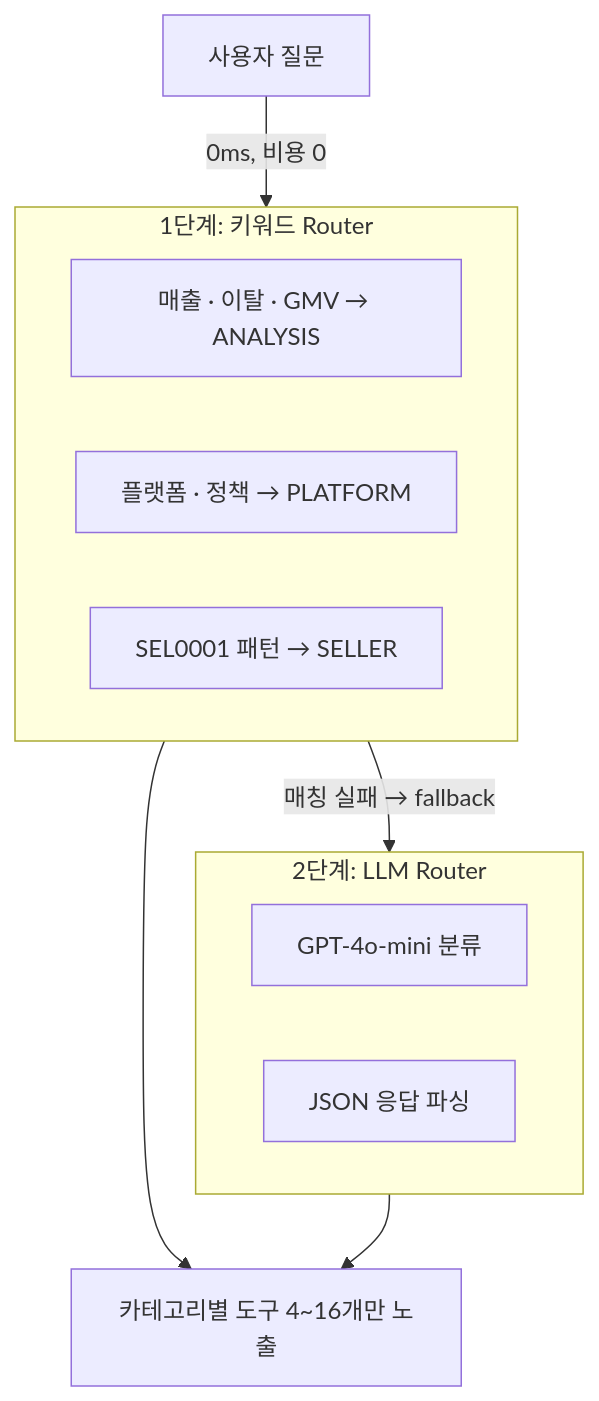
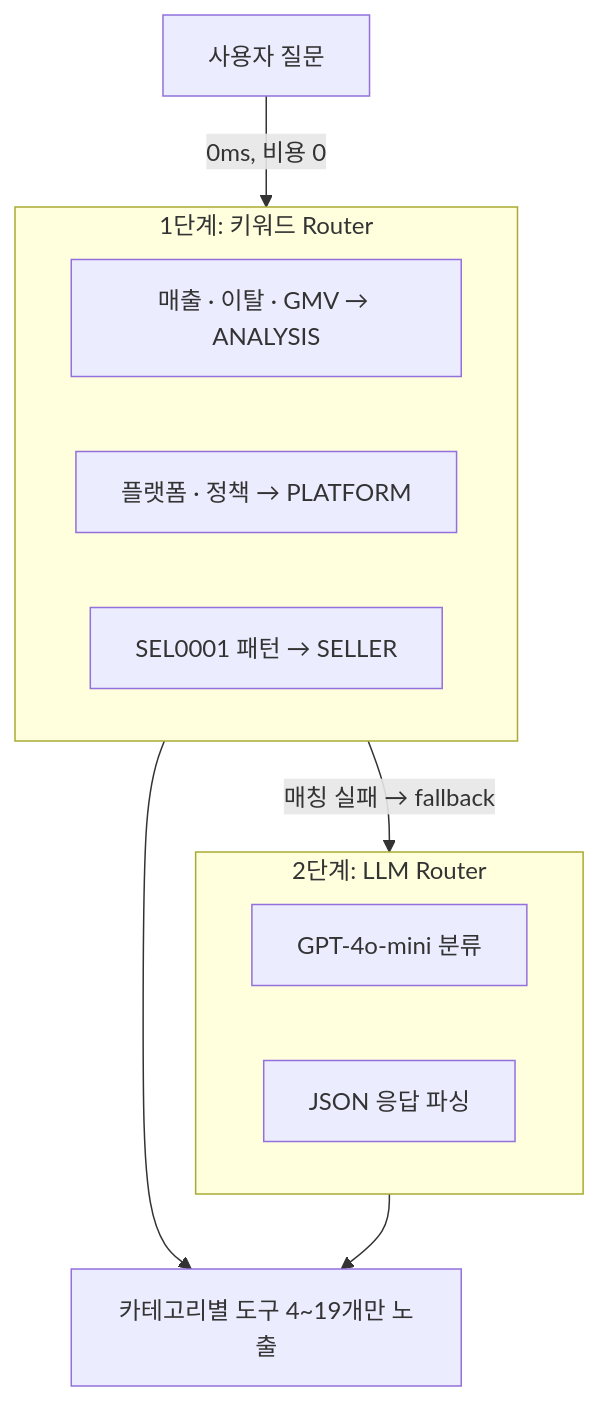
Before and after one commit to ASNGG/cafe24-demo: the third of 15 diagrams in portfolio/PORTFOLIO.md, drawn with Mermaid. The commit also changed other lines of this file and 57 other files, not shown here.

````diff
--- a/portfolio/PORTFOLIO.md
+++ b/portfolio/PORTFOLIO.md
@@ -240,19 +242,19 @@
 ```mermaid
 flowchart TB
     Q["사용자 질문"]
 
     subgraph Stage1["1단계: 키워드 Router"]
         K1["매출 · 이탈 · GMV → ANALYSIS"]
         K2["플랫폼 · 정책 → PLATFORM"]
         K3["SEL0001 패턴 → SELLER"]
     end
 
     subgraph Stage2["2단계: LLM Router"]
         L1["GPT-4o-mini 분류"]
         L2["JSON 응답 파싱"]
     end
 
     Q -->|"0ms, 비용 0"| Stage1
     Stage1 -->|"매칭 실패 → fallback"| Stage2
-    Stage1 & Stage2 --> Tools["카테고리별 도구 4~16개만 노출"]
+    Stage1 & Stage2 --> Tools["카테고리별 도구 4~19개만 노출"]
 ```
````
